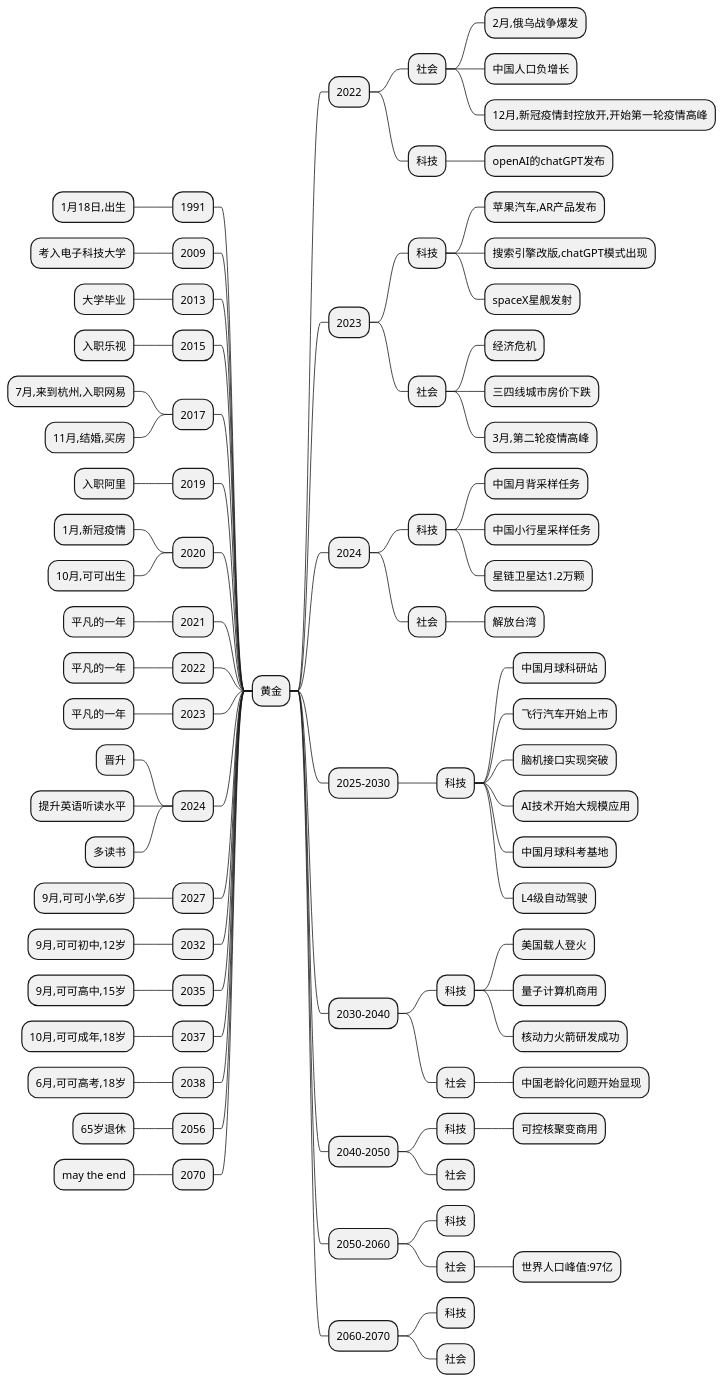
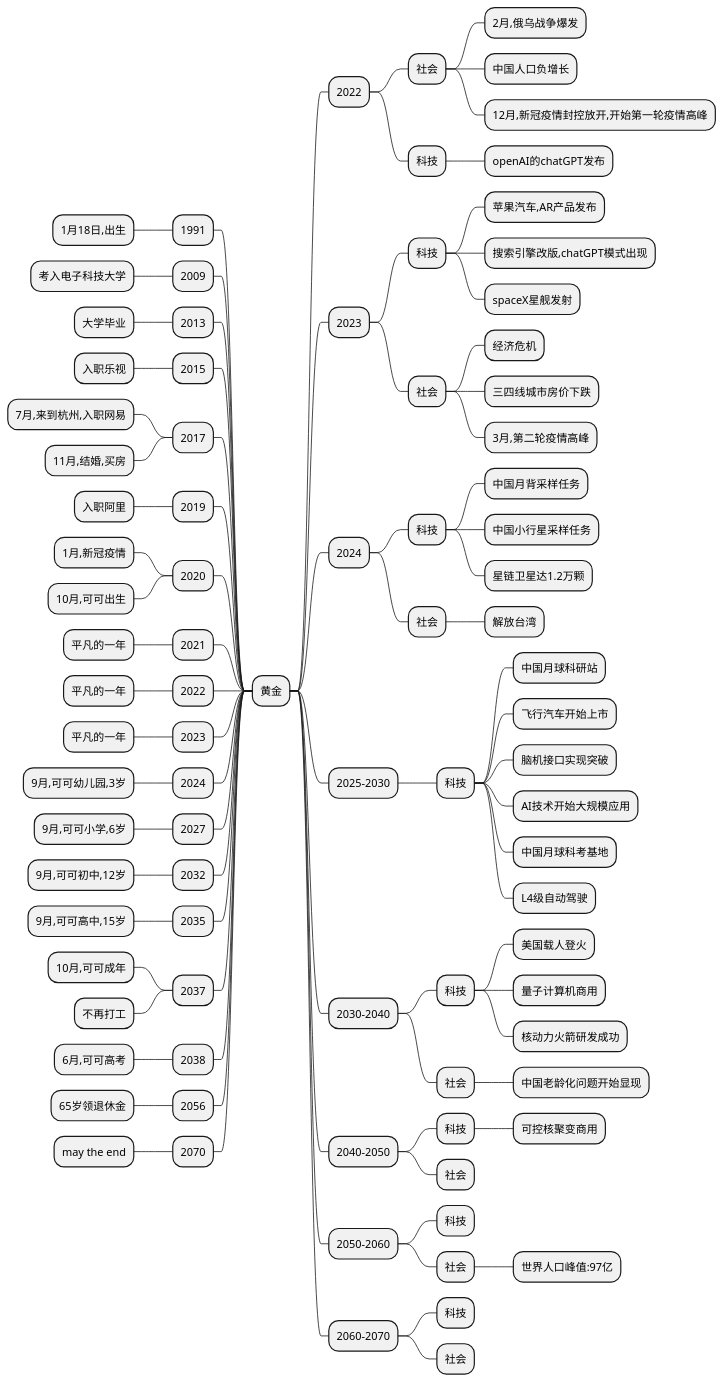
Before and after one commit to Huang2070/alpha-centauri-c: the diagram in 人生.plantuml, drawn with PlantUML. The commit also changed 2 other files, not shown here.

```diff
--- a/人生.plantuml
+++ b/人生.plantuml
@@ -1,124 +1,123 @@
 @startmindmap 黄金
 * 黄金
 
 left side
 
 ** 1991
 *** 1月18日,出生
 ** 2009
 *** 考入电子科技大学
 ** 2013
 *** 大学毕业
 ** 2015
 *** 入职乐视
 ** 2017
 *** 7月,来到杭州,入职网易
 *** 11月,结婚,买房
 ** 2019
 *** 入职阿里
 ** 2020
 *** 1月,新冠疫情
 *** 10月,可可出生
 
 ** 2021
 *** 平凡的一年
 
 ** 2022
 *** 平凡的一年
 
 ** 2023
 *** 平凡的一年
 
 ** 2024
-*** 晋升
-*** 提升英语听读水平
-*** 多读书
+*** 9月,可可幼儿园,3岁
 
 ** 2027
 *** 9月,可可小学,6岁
 
 ** 2032
 *** 9月,可可初中,12岁
 
 ** 2035
 *** 9月,可可高中,15岁
 
 ** 2037
-*** 10月,可可成年,18岁
+*** 10月,可可成年
+*** 不再打工
 
 ** 2038
-*** 6月,可可高考,18岁
+*** 6月,可可高考
 
 ** 2056
-*** 65岁退休
+*** 65岁领退休金
 
 ** 2070
 *** may the end
 
 
 right side
 
 
 ** 2022
 *** 社会
 **** 2月,俄乌战争爆发
 **** 中国人口负增长
 **** 12月,新冠疫情封控放开,开始第一轮疫情高峰
 *** 科技
 **** openAI的chatGPT发布
 
 ** 2023
 *** 科技
 **** 苹果汽车,AR产品发布
 **** 搜索引擎改版,chatGPT模式出现
 **** spaceX星舰发射
 *** 社会
 **** 经济危机
 **** 三四线城市房价下跌
 **** 3月,第二轮疫情高峰
 
 ** 2024
 *** 科技
 **** 中国月背采样任务
 **** 中国小行星采样任务
 **** 星链卫星达1.2万颗
 *** 社会
 **** 解放台湾
 
 
 ** 2025-2030
 *** 科技
 **** 中国月球科研站
 **** 飞行汽车开始上市
 **** 脑机接口实现突破
 **** AI技术开始大规模应用
 **** 中国月球科考基地
 **** L4级自动驾驶
 
 
 ** 2030-2040
 *** 科技
 **** 美国载人登火
 **** 量子计算机商用
 **** 核动力火箭研发成功
 *** 社会
 **** 中国老龄化问题开始显现
 
 
 ** 2040-2050
 *** 科技
 **** 可控核聚变商用
 *** 社会
 
 
 ** 2050-2060
 *** 科技
 *** 社会
 **** 世界人口峰值:97亿
 
 ** 2060-2070
 *** 科技
 *** 社会
 
 
 @endmindmap
```
